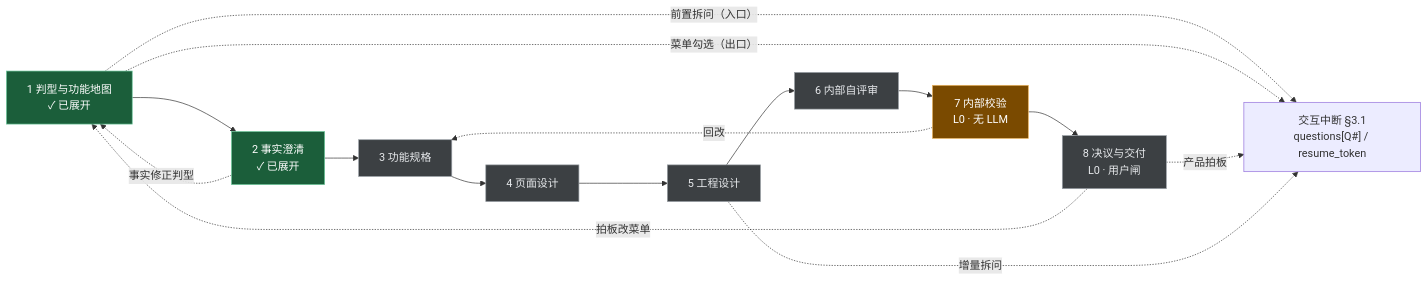
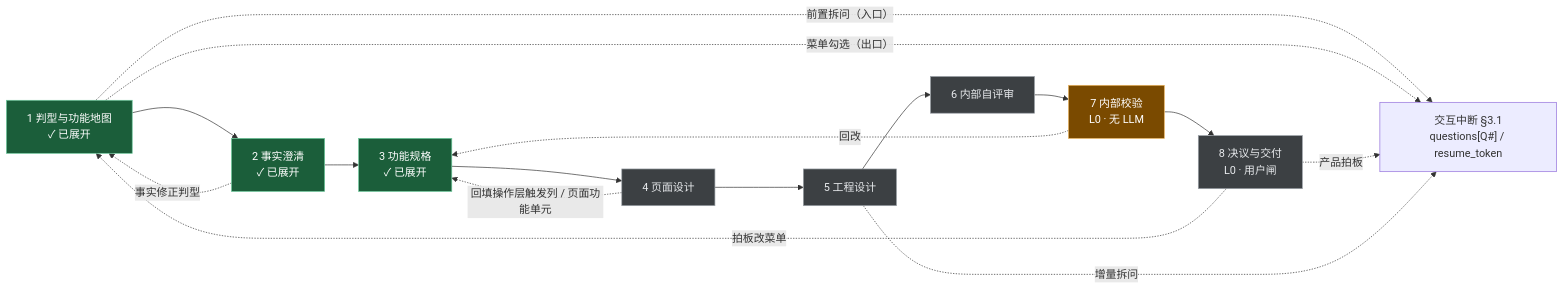
The diagram in docs/DESIGN.md (jianghua-developer/ai-foundation-spec-chain), drawn with Mermaid before and after one commit. The commit also changed other lines of this file and 2 other files, not shown here.

First line of the commit message:
docs: §2.3.3 节点 3 功能规格——分两段 + 4→3 回填 / 含糊词黑名单

````diff
--- a/docs/DESIGN.md
+++ b/docs/DESIGN.md
@@ -193,26 +193,27 @@
 ```mermaid
 flowchart LR
     N1["1 判型与功能地图<br/>✓ 已展开"] --> N2["2 事实澄清<br/>✓ 已展开"]
-    N2 --> N3["3 功能规格"]
+    N2 --> N3["3 功能规格<br/>✓ 已展开"]
     N3 --> N4["4 页面设计"]
     N4 --> N5["5 工程设计"]
     N5 --> N6["6 内部自评审"]
     N6 --> N7["7 内部校验<br/>L0 · 无 LLM"]
     N7 --> N8["8 决议与交付<br/>L0 · 用户闸"]
 
     N1 -.->|"前置拆问（入口）"| GATE["交互中断 §3.1<br/>questions[Q#] / resume_token"]
     N1 -.->|"菜单勾选（出口）"| GATE
     N8 -.->|"产品拍板"| GATE
 
+    N4 -.->|"回填操作层触发列 / 页面功能单元"| N3
     N7 -.->|"回改"| N3
     N2 -.->|"事实修正判型"| N1
     N5 -.->|"增量拆问"| GATE
     N8 -.->|"拍板改菜单"| N1
 
     classDef done fill:#1b5e3a,stroke:#6cc79b,color:#ffffff
     classDef todo fill:#3c4043,stroke:#9aa0a6,color:#e8eaed
     classDef det fill:#7a4a00,stroke:#e8b25c,color:#ffffff
-    class N1,N2 done
-    class N3,N4,N5,N6,N8 todo
+    class N1,N2,N3 done
+    class N4,N5,N6,N8 todo
     class N7 det
 ```
````
